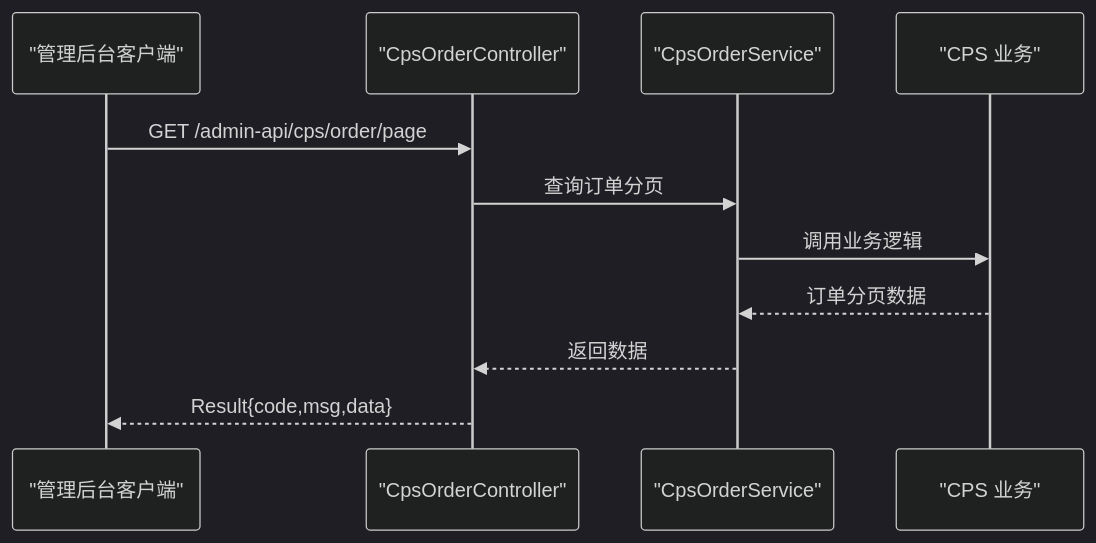
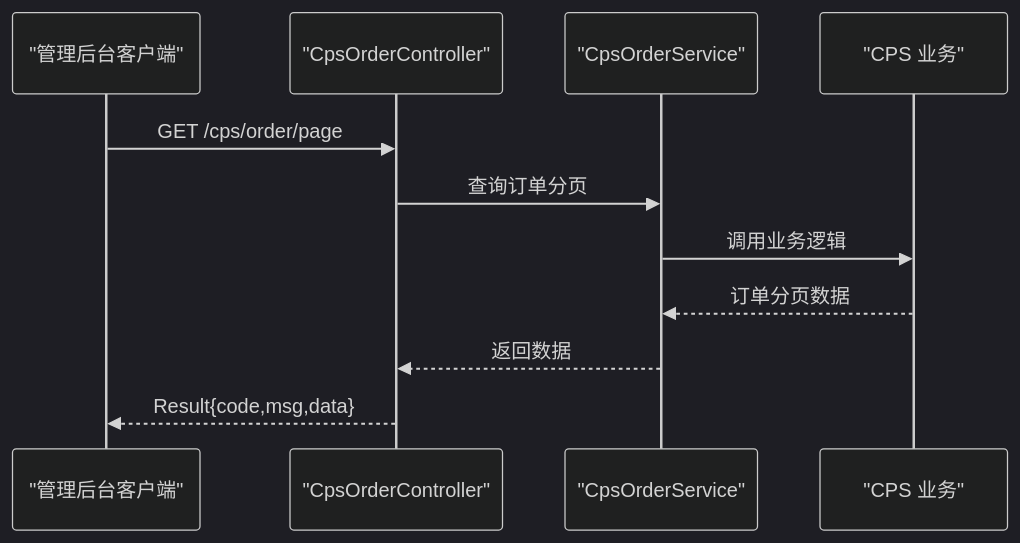
Before and after one commit to zhuangpengLI/AgenticCPS: diagram 12 of 15 in .qoder/repowiki/zh/content/API 接口文档/API 接口文档.md, drawn with Mermaid (dark theme). The commit also changed other lines of this file and 13 other files, not shown here.

````diff
--- a/.qoder/repowiki/zh/content/API 接口文档/API 接口文档.md
+++ b/.qoder/repowiki/zh/content/API 接口文档/API 接口文档.md
@@ -381,13 +383,13 @@
 ```mermaid
 sequenceDiagram
 participant Client as "管理后台客户端"
 participant Ctrl as "CpsOrderController"
 participant Svc as "CpsOrderService"
 participant Biz as "CPS 业务"
-Client->>Ctrl : GET /admin-api/cps/order/page
+Client->>Ctrl : GET /cps/order/page
 Ctrl->>Svc : 查询订单分页
 Svc->>Biz : 调用业务逻辑
 Biz-->>Svc : 订单分页数据
 Svc-->>Ctrl : 返回数据
 Ctrl-->>Client : Result{code,msg,data}
 ```
````
